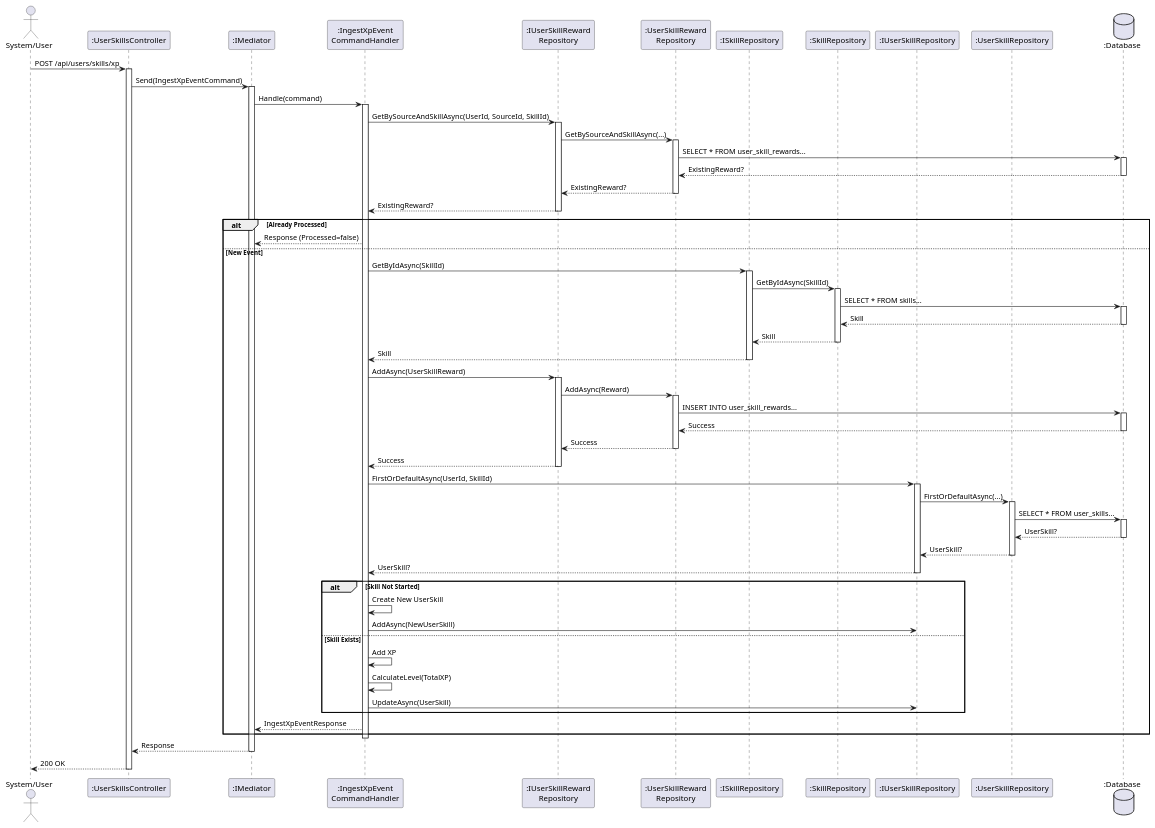
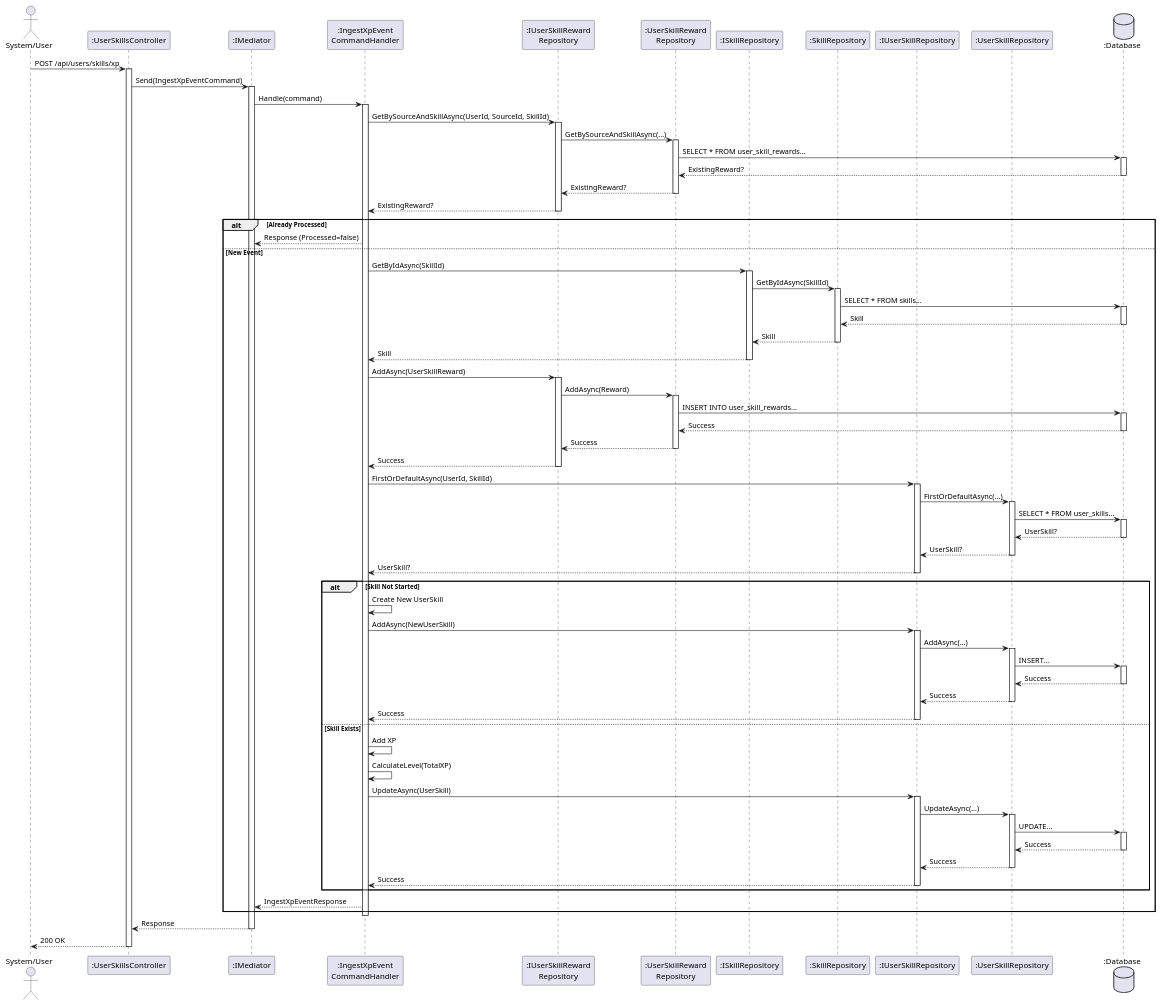
One commit to FA25SE050-RogueLearn/RogueLearn.BMAD.Documentation changed the diagram in docs/srs/diagrams/sequence-diagram/quest-learning/xp-ingestion-seq.puml. Above: the diagram before and after it, drawn with PlantUML. The commit also changed 28 other files, not shown here.

Commit message:
feat: add and refix some diagrams to add implementations objects

```diff
--- a/docs/srs/diagrams/sequence-diagram/quest-learning/xp-ingestion-seq.puml
+++ b/docs/srs/diagrams/sequence-diagram/quest-learning/xp-ingestion-seq.puml
@@ -1,100 +1,122 @@
 @startuml
 actor "System/User" as Client
 participant ":UserSkillsController" as Controller
 participant ":IMediator" as Med
 participant ":IngestXpEvent\nCommandHandler" as Handler
 participant ":IUserSkillReward\nRepository" as IRewardRepo
 participant ":UserSkillReward\nRepository" as RewardRepo
 participant ":ISkillRepository" as ISkillRepo
 participant ":SkillRepository" as SkillRepo
 participant ":IUserSkillRepository" as IUserSkillRepo
 participant ":UserSkillRepository" as UserSkillRepo
 database ":Database" as DB
 
 Client -> Controller : POST /api/users/skills/xp
 activate Controller
 
 Controller -> Med : Send(IngestXpEventCommand)
 activate Med
 
 Med -> Handler : Handle(command)
 activate Handler
 
 ' 1. Idempotency Check
 Handler -> IRewardRepo : GetBySourceAndSkillAsync(UserId, SourceId, SkillId)
 activate IRewardRepo
 IRewardRepo -> RewardRepo : GetBySourceAndSkillAsync(...)
 activate RewardRepo
 RewardRepo -> DB : SELECT * FROM user_skill_rewards...
 activate DB
 DB --> RewardRepo : ExistingReward?
 deactivate DB
 RewardRepo --> IRewardRepo : ExistingReward?
 deactivate RewardRepo
 IRewardRepo --> Handler : ExistingReward?
 deactivate IRewardRepo
 
 alt Already Processed
     Handler --> Med : Response (Processed=false)
 else New Event
     ' 2. Validate Skill
     Handler -> ISkillRepo : GetByIdAsync(SkillId)
     activate ISkillRepo
     ISkillRepo -> SkillRepo : GetByIdAsync(SkillId)
     activate SkillRepo
     SkillRepo -> DB : SELECT * FROM skills...
     activate DB
     DB --> SkillRepo : Skill
     deactivate DB
     SkillRepo --> ISkillRepo : Skill
     deactivate SkillRepo
     ISkillRepo --> Handler : Skill
     deactivate ISkillRepo
 
     ' 3. Record History
     Handler -> IRewardRepo : AddAsync(UserSkillReward)
     activate IRewardRepo
     IRewardRepo -> RewardRepo : AddAsync(Reward)
     activate RewardRepo
     RewardRepo -> DB : INSERT INTO user_skill_rewards...
     activate DB
     DB --> RewardRepo : Success
     deactivate DB
     RewardRepo --> IRewardRepo : Success
     deactivate RewardRepo
     IRewardRepo --> Handler : Success
     deactivate IRewardRepo
 
     ' 4. Update User Progress
     Handler -> IUserSkillRepo : FirstOrDefaultAsync(UserId, SkillId)
     activate IUserSkillRepo
     IUserSkillRepo -> UserSkillRepo : FirstOrDefaultAsync(...)
     activate UserSkillRepo
     UserSkillRepo -> DB : SELECT * FROM user_skills...
     activate DB
     DB --> UserSkillRepo : UserSkill?
     deactivate DB
     UserSkillRepo --> IUserSkillRepo : UserSkill?
     deactivate UserSkillRepo
     IUserSkillRepo --> Handler : UserSkill?
     deactivate IUserSkillRepo
 
     alt Skill Not Started
         Handler -> Handler : Create New UserSkill
         Handler -> IUserSkillRepo : AddAsync(NewUserSkill)
+        activate IUserSkillRepo
+        IUserSkillRepo -> UserSkillRepo : AddAsync(...)
+        activate UserSkillRepo
+        UserSkillRepo -> DB : INSERT...
+        activate DB
+        DB --> UserSkillRepo : Success
+        deactivate DB
+        UserSkillRepo --> IUserSkillRepo : Success
+        deactivate UserSkillRepo
+        IUserSkillRepo --> Handler : Success
+        deactivate IUserSkillRepo
     else Skill Exists
         Handler -> Handler : Add XP
         Handler -> Handler : CalculateLevel(TotalXP)
         Handler -> IUserSkillRepo : UpdateAsync(UserSkill)
+        activate IUserSkillRepo
+        IUserSkillRepo -> UserSkillRepo : UpdateAsync(...)
+        activate UserSkillRepo
+        UserSkillRepo -> DB : UPDATE...
+        activate DB
+        DB --> UserSkillRepo : Success
+        deactivate DB
+        UserSkillRepo --> IUserSkillRepo : Success
+        deactivate UserSkillRepo
+        IUserSkillRepo --> Handler : Success
+        deactivate IUserSkillRepo
     end
 
     Handler --> Med : IngestXpEventResponse
 end
 
 deactivate Handler
 Med --> Controller : Response
 deactivate Med
 
 Controller --> Client : 200 OK
 deactivate Controller
 @enduml
```
